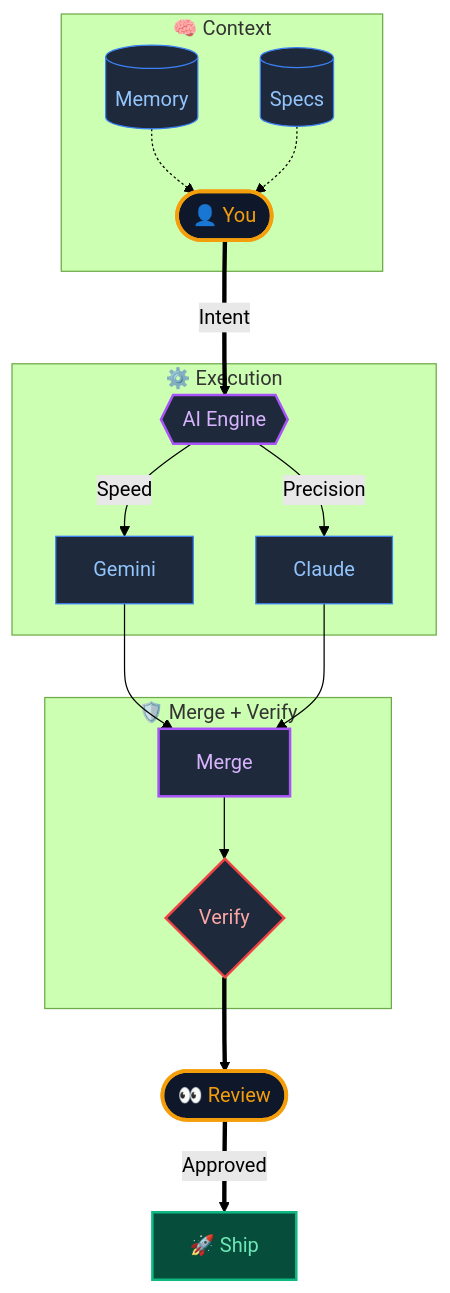
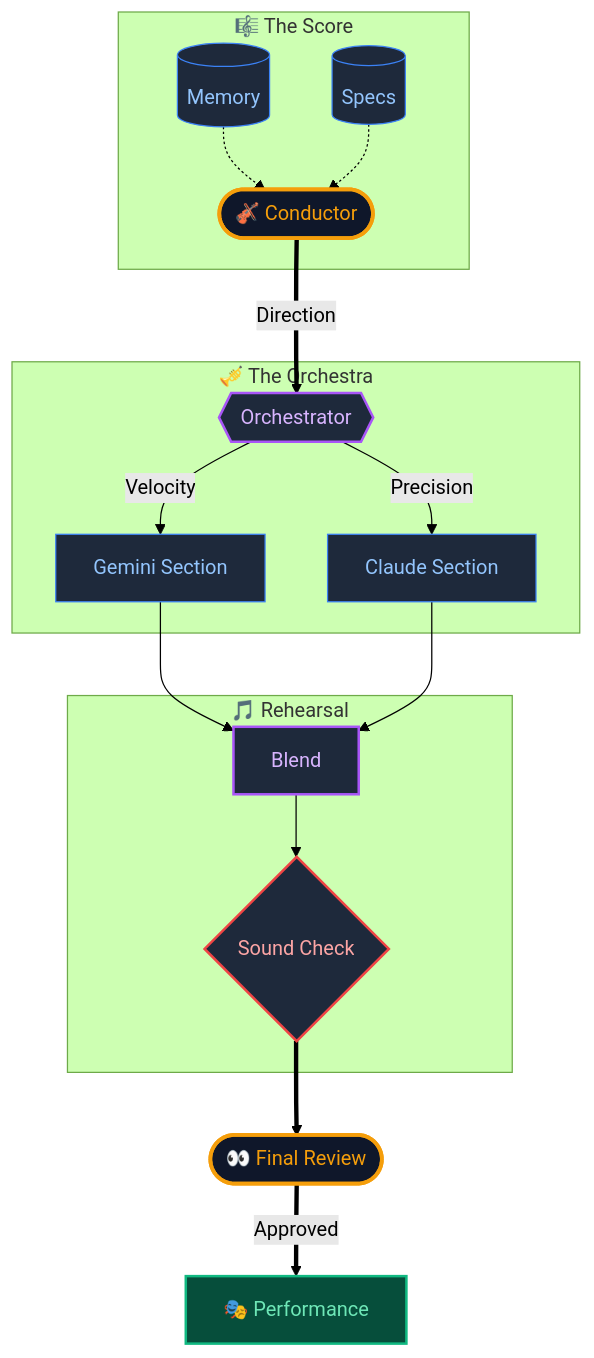
The diagram in README.md (shifujosh/shifujosh), drawn with Mermaid (forest theme) before and after one commit.

Commit message:
feat: Update portfolio assets (AI-Native Architect Revamp)

````diff
--- a/README.md
+++ b/README.md
@@ -25,29 +25,29 @@
 ```mermaid
 graph TD
-    classDef human fill:#0f172a,stroke:#f59e0b,stroke-width:3px,color:#f59e0b;
+    classDef conductor fill:#0f172a,stroke:#f59e0b,stroke-width:3px,color:#f59e0b;
     classDef ai fill:#1e293b,stroke:#a855f7,stroke-width:2px,color:#d8b4fe;
-    classDef work fill:#1e293b,stroke:#3b82f6,stroke-width:1px,color:#93c5fd;
+    classDef section fill:#1e293b,stroke:#3b82f6,stroke-width:1px,color:#93c5fd;
     classDef check fill:#1e293b,stroke:#ef4444,stroke-width:2px,color:#fca5a5;
-    classDef ship fill:#064e3b,stroke:#10b981,stroke-width:2px,color:#6ee7b7;
+    classDef finale fill:#064e3b,stroke:#10b981,stroke-width:2px,color:#6ee7b7;
 
-    subgraph Context ["🧠 Context"]
-        Memory[(Memory)]:::work -.-> You
-        Specs[(Specs)]:::work -.-> You
-        You(["👤 You"]):::human
+    subgraph Score ["🎼 The Score"]
+        Memory[(Memory)]:::section -.-> Conductor
+        Specs[(Specs)]:::section -.-> Conductor
+        Conductor(["🎻 Conductor"]):::conductor
     end
 
-    You ==>|Intent| AI{{"AI Engine"}}:::ai
+    Conductor ==>|Direction| Orchestrator{{"Orchestrator"}}:::ai
 
-    subgraph Execution ["⚙️ Execution"]
-        AI -->|Speed| Gemini["Gemini"]:::work
-        AI -->|Precision| Claude["Claude"]:::work
+    subgraph Orchestra ["🎺 The Orchestra"]
+        Orchestrator -->|Velocity| Gemini["Gemini Section"]:::section
+        Orchestrator -->|Precision| Claude["Claude Section"]:::section
     end
 
-    subgraph Quality ["🛡️ Merge + Verify"]
-        Gemini & Claude --> Merge["Merge"]:::ai
-        Merge --> Check{"Verify"}:::check
+    subgraph Rehearsal ["🎵 Rehearsal"]
+        Gemini & Claude --> Blend["Blend"]:::ai
+        Blend --> SoundCheck{"Sound Check"}:::check
     end
 
-    Check ==> Review(["👀 Review"]):::human
-    Review ==>|Approved| Ship["🚀 Ship"]:::ship
+    SoundCheck ==> FinalReview(["👀 Final Review"]):::conductor
+    FinalReview ==>|Approved| Performance["🎭 Performance"]:::finale
 ```
````
